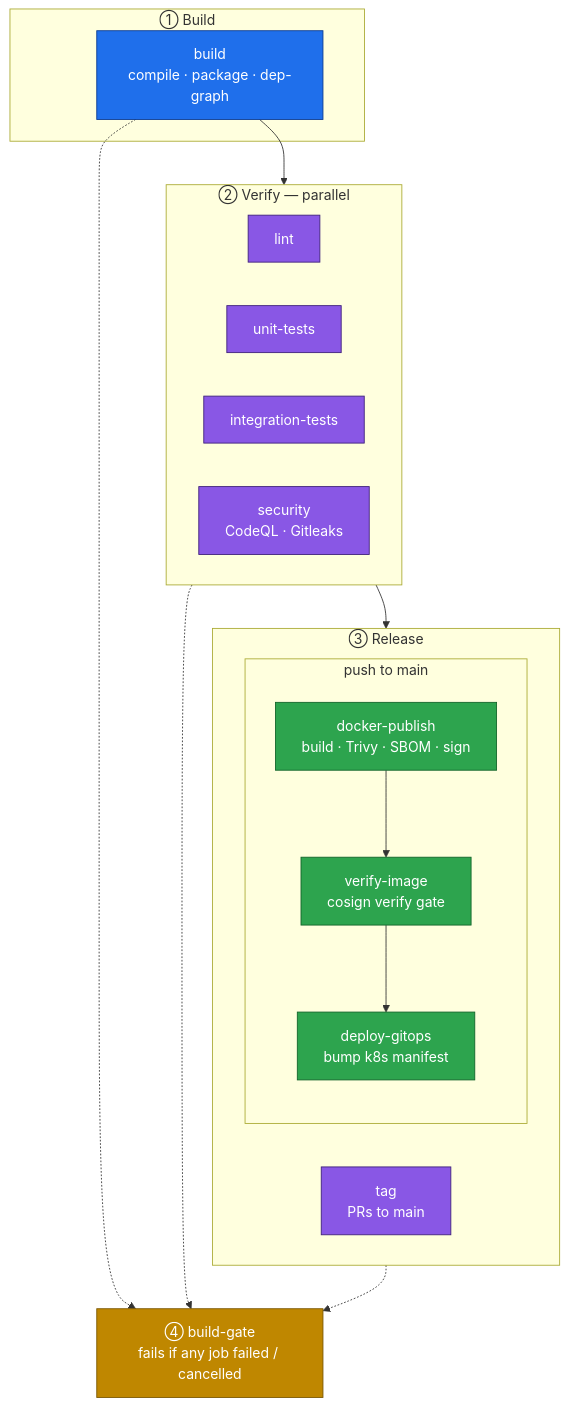
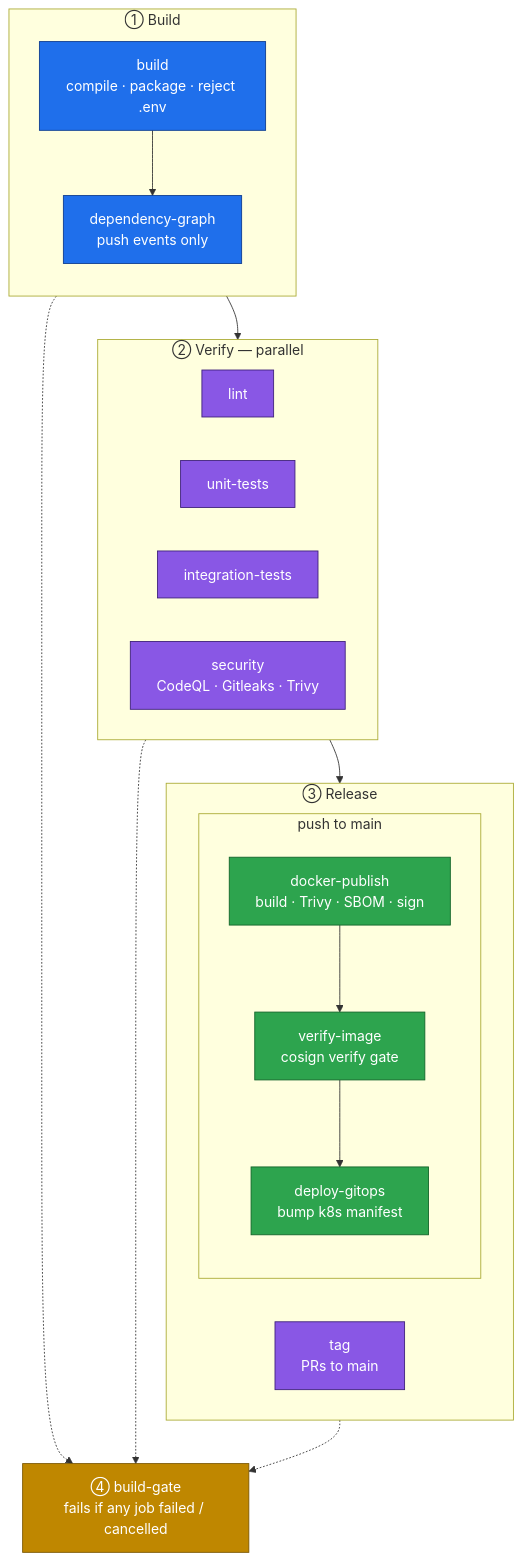
One commit to Bigorno12/ci-cd-templates changed the diagram in README.md. Above: the diagram before and after it, drawn with Mermaid. The commit also changed other lines of this file and 16 other files, not shown here.

````diff
--- a/README.md
+++ b/README.md
@@ -53,44 +53,47 @@
 ```mermaid
 flowchart TD
     subgraph s1["① Build"]
-        B["build<br/>compile · package · dep-graph"]
+        direction TB
+        B["build<br/>compile · package · reject .env"]
+        DG["dependency-graph<br/>push events only"]
+        B --> DG
     end
 
     subgraph s2["② Verify — parallel"]
         direction LR
         L["lint"]
         U["unit-tests"]
         I["integration-tests"]
-        SEC["security<br/>CodeQL · Gitleaks"]
+        SEC["security<br/>CodeQL · Gitleaks · Trivy"]
     end
 
     subgraph s3["③ Release"]
         direction LR
         T["tag<br/>PRs to main"]
         subgraph s3b["push to main"]
             direction TB
             D["docker-publish<br/>build · Trivy · SBOM · sign"]
             V["verify-image<br/>cosign verify gate"]
             G["deploy-gitops<br/>bump k8s manifest"]
             D --> V --> G
         end
     end
 
     GATE["④ build-gate<br/>fails if any job failed / cancelled"]
 
-    B --> s2
+    s1 --> s2
     s2 --> s3
-    B -.-> GATE
+    s1 -.-> GATE
     s2 -.-> GATE
     s3 -.-> GATE
 
     classDef build  fill:#1f6feb,stroke:#0b3a8f,color:#fff;
     classDef verify fill:#8957e5,stroke:#3d1f7a,color:#fff;
     classDef supply fill:#2da44e,stroke:#116329,color:#fff;
     classDef gate   fill:#bf8700,stroke:#7a5600,color:#fff;
 
-    class B build;
+    class B,DG build;
     class L,U,I,SEC,T verify;
     class D,V,G supply;
     class GATE gate;
 ```
````
